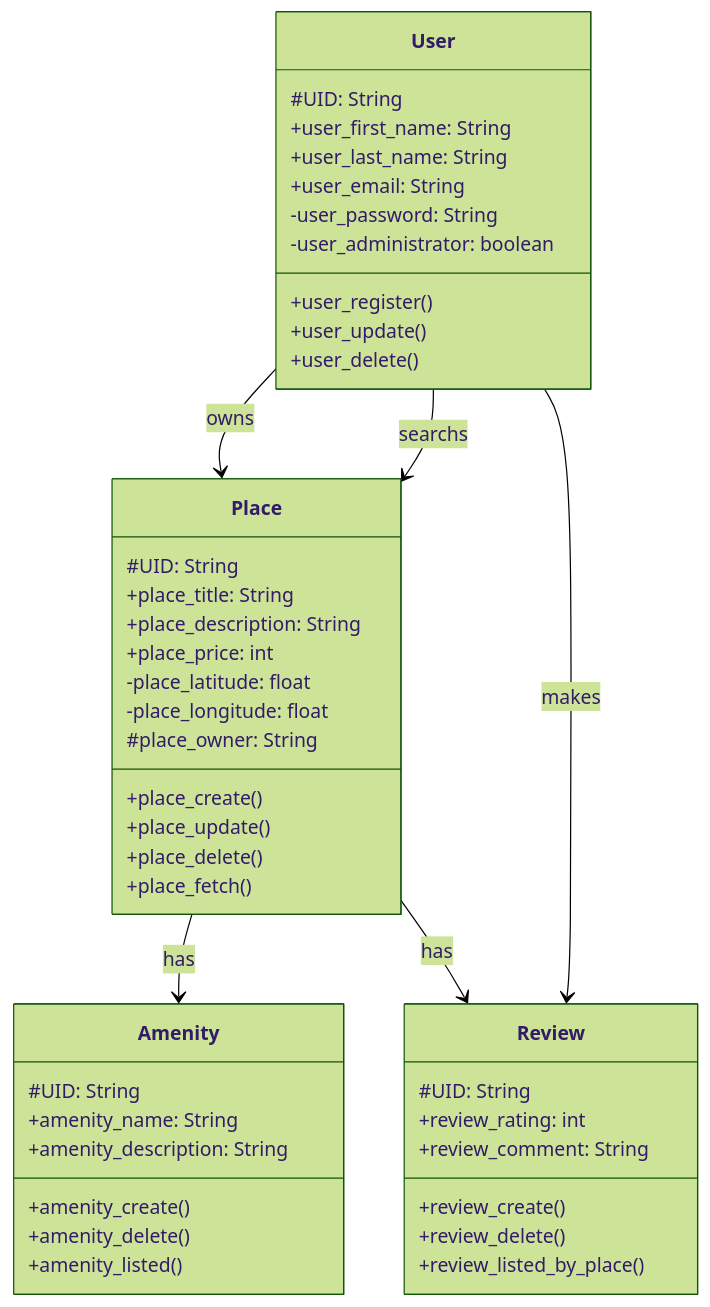
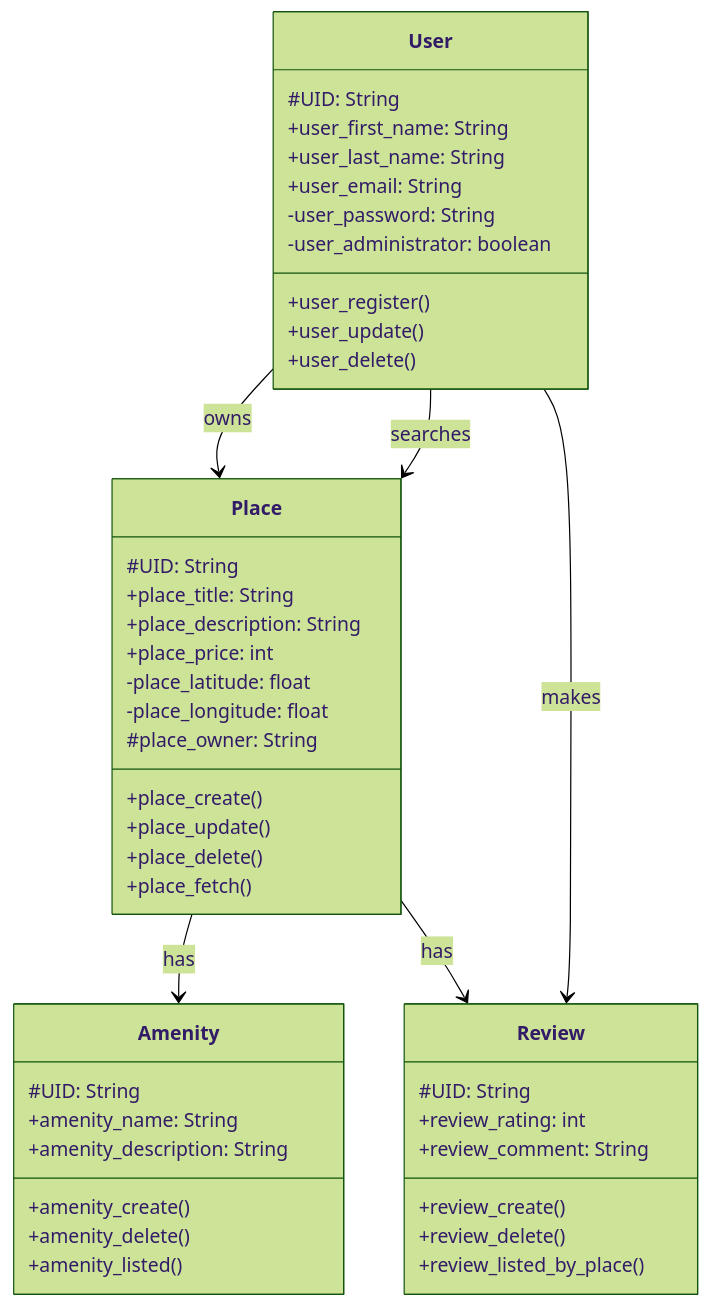
One commit to vlldnt/holbertonschool-hbnb changed the second of 3 diagrams in part1/README.md. Above: the diagram before and after it, drawn with Mermaid (forest theme). The commit also changed other lines of this file, not shown here.

````diff
--- a/part1/README.md
+++ b/part1/README.md
@@ -83,49 +83,49 @@
 ```mermaid
 classDiagram
 class User {
-    #UID: String
-    +user_first_name: String
-    +user_last_name: String
-    +user_email: String
-    -user_password: String
-    -user_administrator: boolean
-    +user_register()
-    +user_update()
-    +user_delete()
+  #UID: String
+  +user_first_name: String
+  +user_last_name: String
+  +user_email: String
+  -user_password: String
+  -user_administrator: boolean
+  +user_register()
+  +user_update()
+  +user_delete()
 }
 class Place {
-    #UID: String
-    +place_title: String
-    +place_description: String
-    +place_price: int
-    -place_latitude: float
-    -place_longitude: float
-    #place_owner: String
-    +place_create()
-    +place_update()
-    +place_delete()
-    +place_fetch()
+  #UID: String
+  +place_title: String
+  +place_description: String
+  +place_price: int
+  -place_latitude: float
+  -place_longitude: float
+  #place_owner: String
+  +place_create()
+  +place_update()
+  +place_delete()
+  +place_fetch()
 }
 class Review {
-    #UID: String
-    +review_rating: int
-    +review_comment: String
-    +review_create()
-    +review_delete()
-    +review_listed_by_place()
+  #UID: String
+  +review_rating: int
+  +review_comment: String
+  +review_create()
+  +review_delete()
+  +review_listed_by_place()
 }
 class Amenity {
-    #UID: String
-    +amenity_name: String
-    +amenity_description: String
-    +amenity_create()
-    +amenity_delete()
-    +amenity_listed()
+  #UID: String
+  +amenity_name: String
+  +amenity_description: String
+  +amenity_create()
+  +amenity_delete()
+  +amenity_listed()
 }
 Place --> Amenity : has
 User --> Place : owns
-User --> Place : searchs
+User --> Place : searches
 User --> Review : makes
 Place --> Review : has
 
 ```
````
